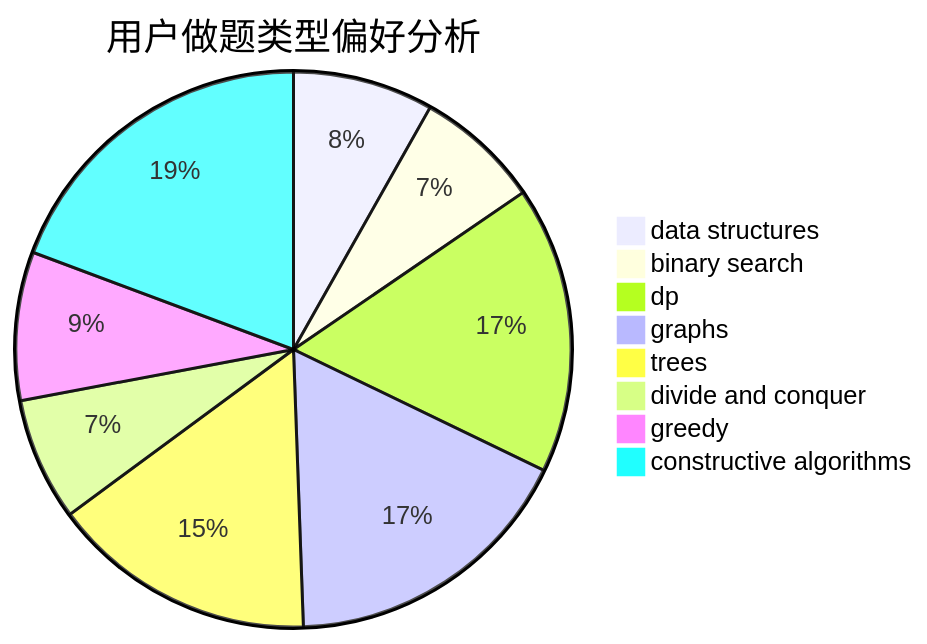
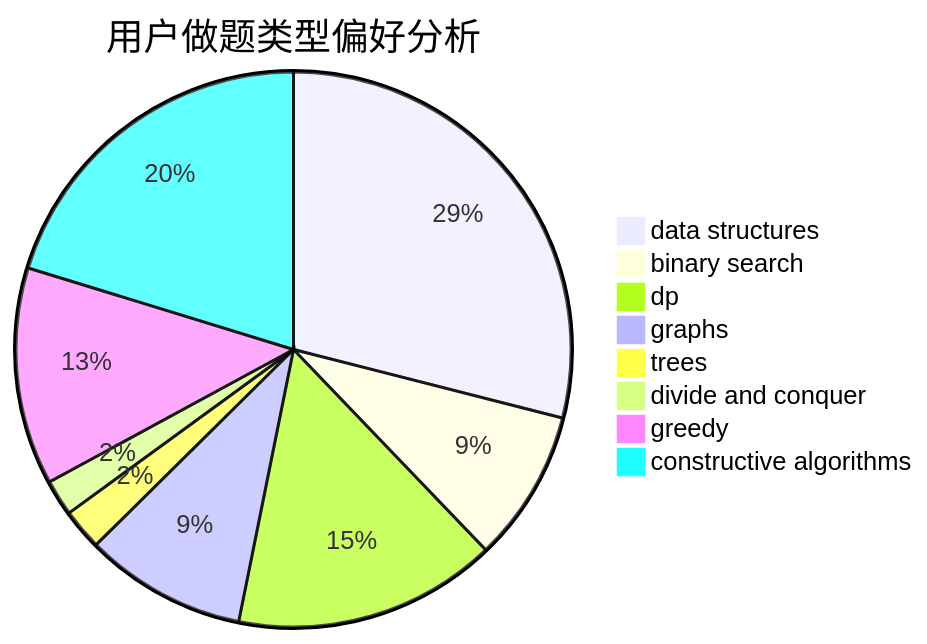
The second of 3 diagrams in docs/user/u120.md (sherpahu/cfrs.github.io), drawn with Mermaid before and after one commit. The commit also changed other lines of this file and 2770 other files, not shown here.

````diff
--- a/docs/user/u120.md
+++ b/docs/user/u120.md
@@ -23,11 +23,11 @@
 ```mermaid
 pie title 用户做题类型偏好分析
-    "data structures" :  72
-    "binary search" :  64
-    "dp" :  147
-    "graphs" :  152
-    "trees" :  136
-    "divide and conquer" :  63
-    "greedy" :  76
-    "constructive algorithms" :  170
+    "data structures" :  206
+    "binary search" :  63
+    "dp" :  109
+    "graphs" :  67
+    "trees" :  17
+    "divide and conquer" :  15
+    "greedy" :  90
+    "constructive algorithms" :  144
 ```
````
